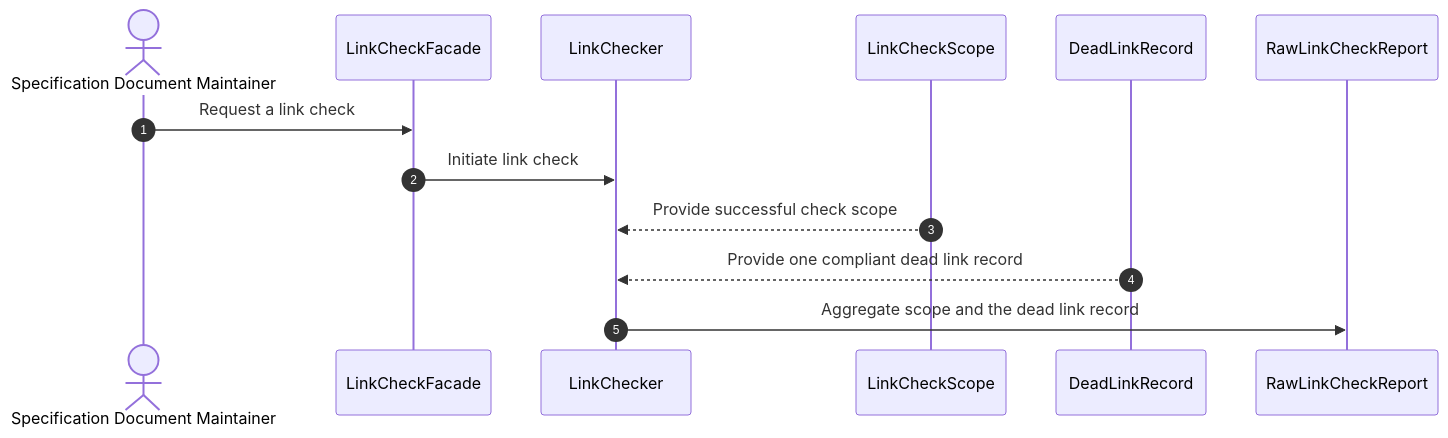
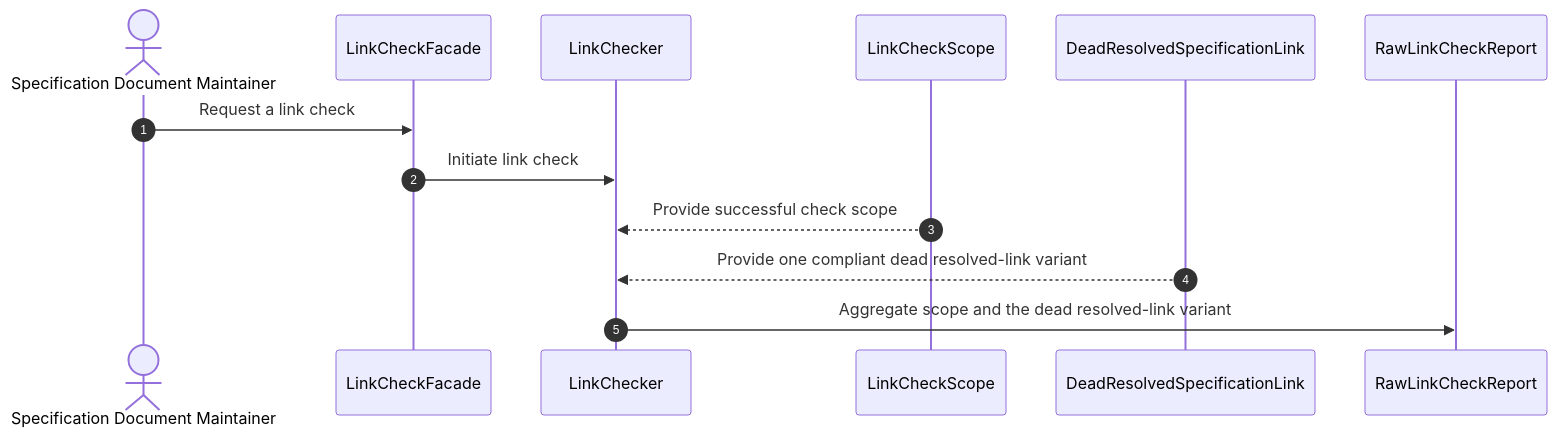
One commit to huang-xiao-jian/bluey changed diagram 35 of 43 in specs/md-linkage/design.md. Above: the diagram before and after it, drawn with Mermaid. The commit also changed other lines of this file and 10 other files, not shown here.

Commit message:
docs(md-linkage): unify resolved link outcomes

````diff
--- a/specs/md-linkage/design.md
+++ b/specs/md-linkage/design.md
@@ -1039,16 +1097,16 @@
 ```mermaid
 sequenceDiagram
     autonumber
     actor Maintainer as Specification Document Maintainer
     participant Submission as LinkCheckFacade
     participant Check as LinkChecker
     participant Scope as LinkCheckScope
-    participant Record as DeadLinkRecord
+    participant Record as DeadResolvedSpecificationLink
     participant Report as RawLinkCheckReport
 
     Maintainer->>Submission: Request a link check
     Submission->>Check: Initiate link check
     Scope-->>Check: Provide successful check scope
-    Record-->>Check: Provide one compliant dead link record
-    Check->>Report: Aggregate scope and the dead link record
+    Record-->>Check: Provide one compliant dead resolved-link variant
+    Check->>Report: Aggregate scope and the dead resolved-link variant
 ```
````
